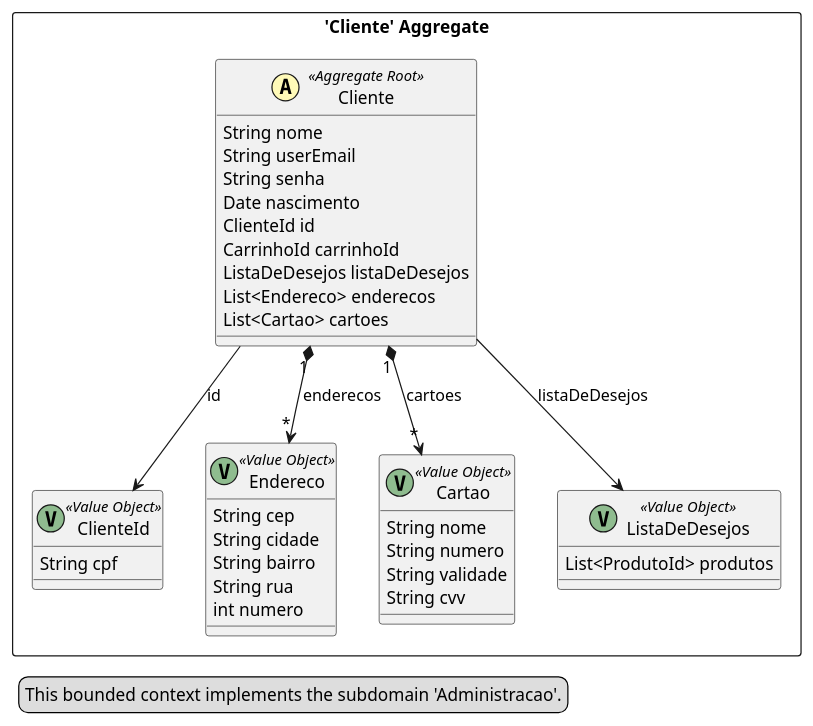
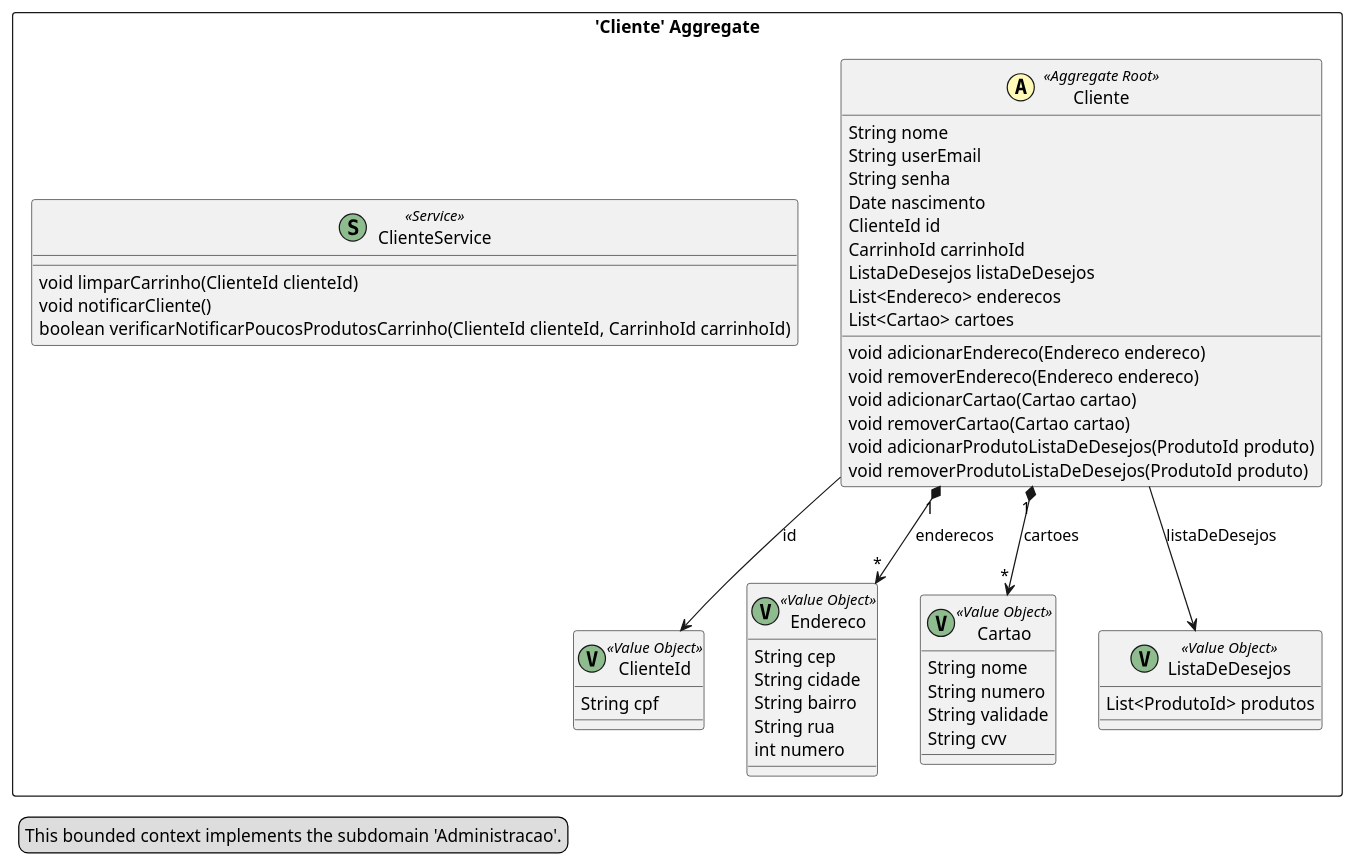
The diagram in ContextMapper/src-gen/ContextMapper_BC_Administracao.puml (VictorHTenorio/Requisitos-Projeto-de-Software-e-Valida-o), drawn with PlantUML before and after one commit. The commit also changed 10 other files, not shown here.

```diff
--- a/ContextMapper/src-gen/ContextMapper_BC_Administracao.puml
+++ b/ContextMapper/src-gen/ContextMapper_BC_Administracao.puml
@@ -1,46 +1,57 @@
 @startuml
 
 skinparam componentStyle uml2
 
 package "'Cliente' Aggregate" <<Rectangle>> {
 	class Cliente <<(A,#fffab8) Aggregate Root>> {
 		String nome
 		String userEmail
 		String senha
 		Date nascimento
 		ClienteId id
 		CarrinhoId carrinhoId
 		ListaDeDesejos listaDeDesejos
 		List<Endereco> enderecos
 		List<Cartao> cartoes
+		void adicionarEndereco(Endereco endereco)
+		void removerEndereco(Endereco endereco)
+		void adicionarCartao(Cartao cartao)
+		void removerCartao(Cartao cartao)
+		void adicionarProdutoListaDeDesejos(ProdutoId produto)
+		void removerProdutoListaDeDesejos(ProdutoId produto)
 	}
 	class ClienteId <<(V,DarkSeaGreen) Value Object>> {
 		String cpf
 	}
 	class Endereco <<(V,DarkSeaGreen) Value Object>> {
 		String cep
 		String cidade
 		String bairro
 		String rua
 		int numero
 	}
 	class Cartao <<(V,DarkSeaGreen) Value Object>> {
 		String nome
 		String numero
 		String validade
 		String cvv
 	}
 	class ListaDeDesejos <<(V,DarkSeaGreen) Value Object>> {
 		List<ProdutoId> produtos
 	}
+	class ClienteService <<(S,DarkSeaGreen) Service>> {
+		void limparCarrinho(ClienteId clienteId)
+		void notificarCliente()
+		boolean verificarNotificarPoucosProdutosCarrinho(ClienteId clienteId, CarrinhoId carrinhoId)
+	}
 }
 Cliente "1" *--> "*" Endereco : enderecos
 Cliente "1" *--> "*" Cartao : cartoes
 Cliente --> ClienteId : id
 Cliente --> ListaDeDesejos : listaDeDesejos
 legend left
   This bounded context implements the subdomain 'Administracao'.
 end legend
 
 
 @enduml
```
